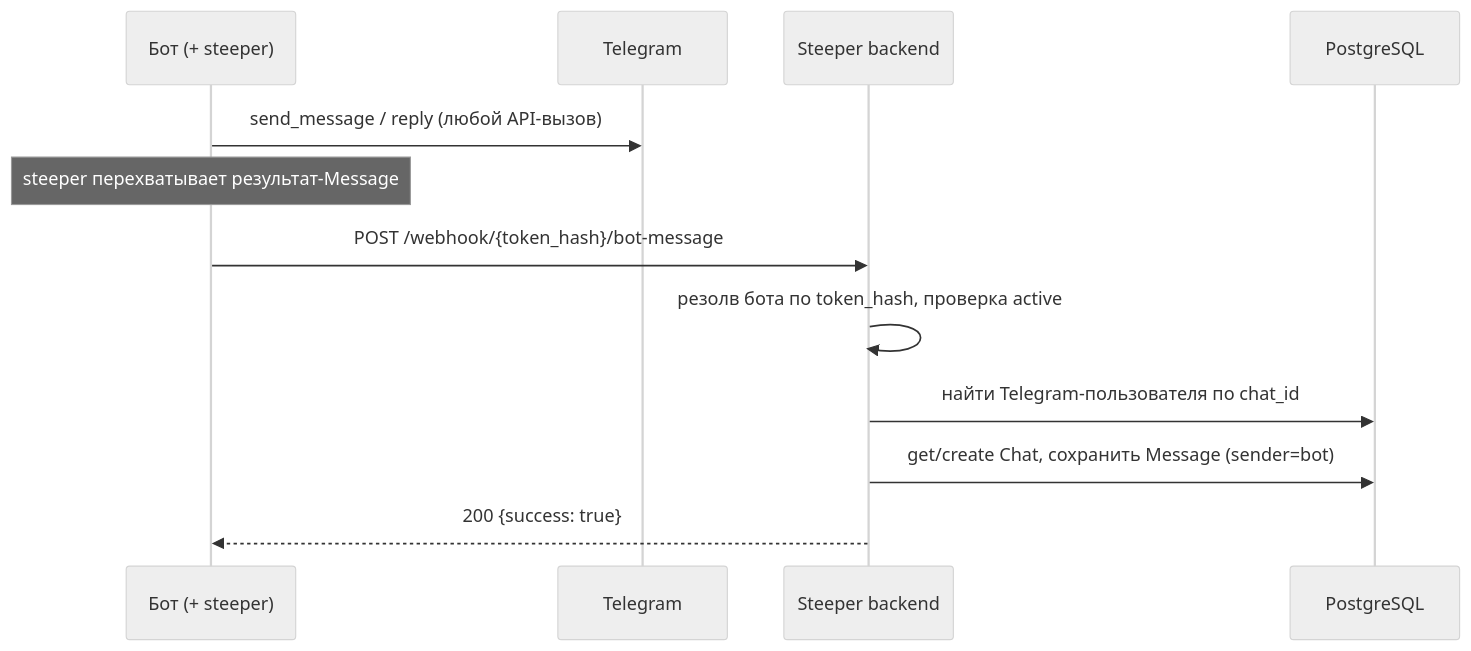
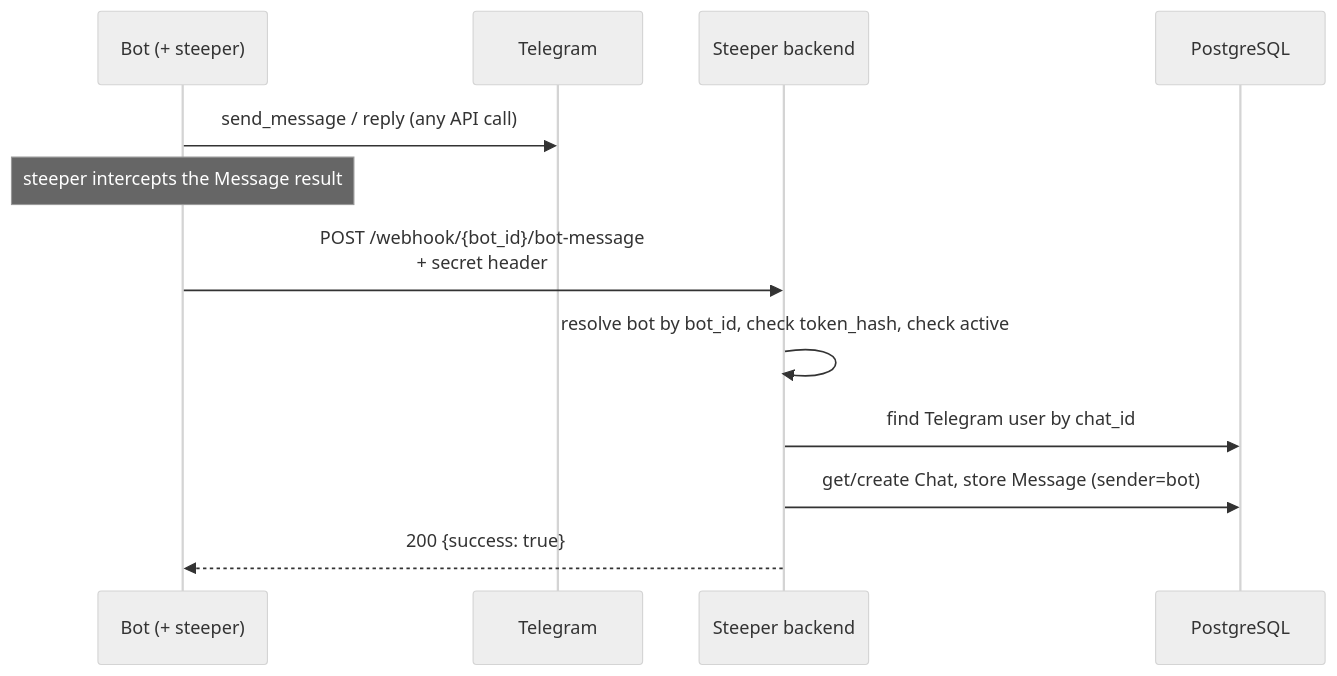
The third of 3 diagrams in docs/OVERVIEW.md (KarimovMurodilla/steeper), drawn with Mermaid (neutral theme) before and after one commit. The commit also changed other lines of this file and 5 other files, not shown here.

First line of the commit message:
fix: move auth secret out of bot-message URL and unblock telebot forwarding

````diff
--- a/docs/OVERVIEW.md
+++ b/docs/OVERVIEW.md
@@ -263,15 +267,15 @@
 ```mermaid
 sequenceDiagram
-    participant Bot as Бот (+ steeper)
+    participant Bot as Bot (+ steeper)
     participant TG as Telegram
     participant API as Steeper backend
     participant DB as PostgreSQL
 
-    Bot->>TG: send_message / reply (любой API-вызов)
-    Note over Bot: steeper перехватывает результат-Message
-    Bot->>API: POST /webhook/{token_hash}/bot-message
-    API->>API: резолв бота по token_hash, проверка active
-    API->>DB: найти Telegram-пользователя по chat_id
-    API->>DB: get/create Chat, сохранить Message (sender=bot)
+    Bot->>TG: send_message / reply (any API call)
+    Note over Bot: steeper intercepts the Message result
+    Bot->>API: POST /webhook/{bot_id}/bot-message<br/>+ secret header
+    API->>API: resolve bot by bot_id, check token_hash, check active
+    API->>DB: find Telegram user by chat_id
+    API->>DB: get/create Chat, store Message (sender=bot)
     API-->>Bot: 200 {success: true}
 ```
````
